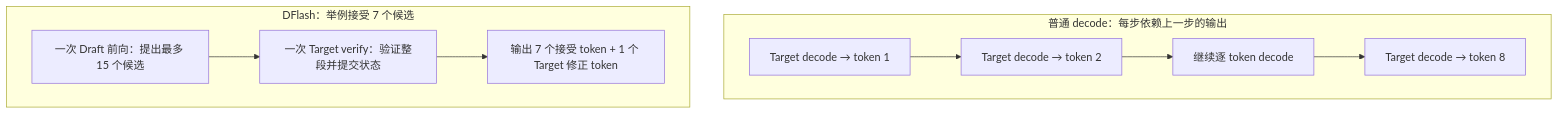
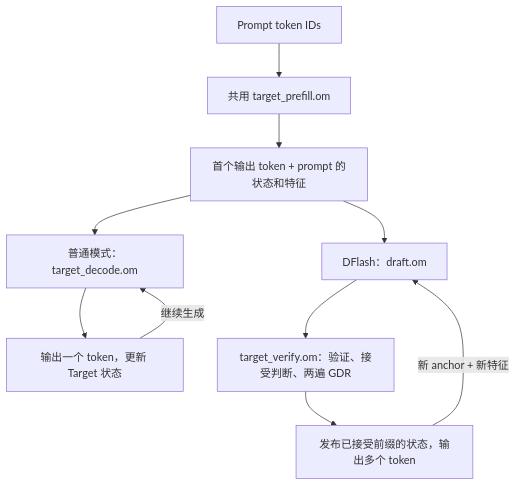
Before and after one commit to day8reak/qwen3.5-4B-dflash: the first of 3 diagrams in docs/DFLASH_ARCHITECTURE.md, drawn with Mermaid. The commit also changed other lines of this file and 4 other files, not shown here.

Commit message:
Reorganize DFlash architecture around generation and state flow

````diff
--- a/docs/DFLASH_ARCHITECTURE.md
+++ b/docs/DFLASH_ARCHITECTURE.md
@@ -15,12 +14,12 @@
 ```mermaid
-flowchart TB
-    subgraph O["普通 decode：每步依赖上一步的输出"]
-        O1["Target decode → token 1"] --> O2["Target decode → token 2"]
-        O2 --> O3["继续逐 token decode"] --> O8["Target decode → token 8"]
-    end
-    subgraph D["DFlash：举例接受 7 个候选"]
-        D1["一次 Draft 前向：提出最多 15 个候选"]
-        D1 --> D2["一次 Target verify：验证整段并提交状态"]
-        D2 --> D3["输出 7 个接受 token + 1 个 Target 修正 token"]
-    end
+flowchart TD
+    P["Prompt token IDs"] --> F["共用 target_prefill.om"]
+    F --> T["首个输出 token + prompt 的状态和特征"]
+    T --> O["普通模式：target_decode.om"]
+    O --> O1["输出一个 token，更新 Target 状态"]
+    O1 -->|继续生成| O
+    T --> D["DFlash：draft.om"]
+    D --> V["target_verify.om：验证、接受判断、两遍 GDR"]
+    V --> C["发布已接受前缀的状态，输出多个 token"]
+    C -->|新 anchor + 新特征| D
 ```
````
